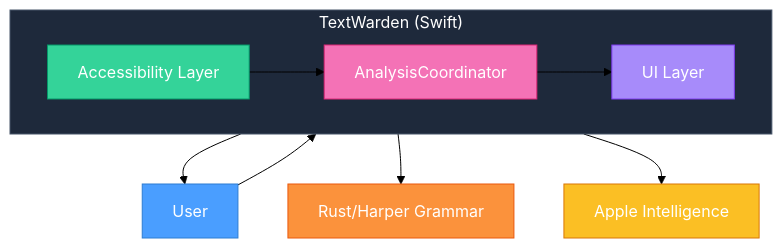
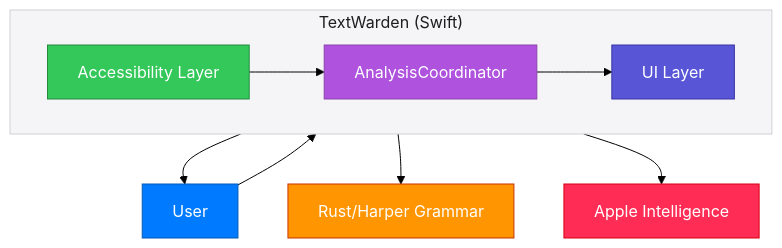
The first of 4 diagrams in ARCHITECTURE.md (PhilipSchmid/textwarden), drawn with Mermaid (forest theme) before and after one commit. The commit also changed other lines of this file, not shown here.

First line of the commit message:
Update ARCHITECTURE.md with current structure and Apple colors

````diff
--- a/ARCHITECTURE.md
+++ b/ARCHITECTURE.md
@@ -9,25 +9,25 @@
 ```mermaid
 flowchart TB
     User["User"]
 
     subgraph Swift["TextWarden (Swift)"]
         direction LR
         AX["Accessibility Layer"] --> AC["AnalysisCoordinator"] --> UI["UI Layer"]
     end
 
     GE["Rust/Harper Grammar"]
     AI["Apple Intelligence"]
 
     User --> AX
     UI --> User
     AC --> GE
     AC --> AI
 
-    style User fill:#4a9eff,stroke:#2d7dd2,color:#fff
-    style AX fill:#34d399,stroke:#059669,color:#fff
-    style AC fill:#f472b6,stroke:#db2777,color:#fff
-    style UI fill:#a78bfa,stroke:#7c3aed,color:#fff
-    style GE fill:#fb923c,stroke:#ea580c,color:#fff
-    style AI fill:#fbbf24,stroke:#d97706,color:#fff
-    style Swift fill:#1e293b,stroke:#475569,color:#fff
+    style User fill:#007AFF,stroke:#005BB5,color:#fff
+    style AX fill:#34C759,stroke:#248A3D,color:#fff
+    style AC fill:#AF52DE,stroke:#8944AB,color:#fff
+    style UI fill:#5856D6,stroke:#3634A3,color:#fff
+    style GE fill:#FF9500,stroke:#C93400,color:#fff
+    style AI fill:#FF2D55,stroke:#D70015,color:#fff
+    style Swift fill:#F5F5F7,stroke:#D1D1D6,color:#1D1D1F
 ```
````
